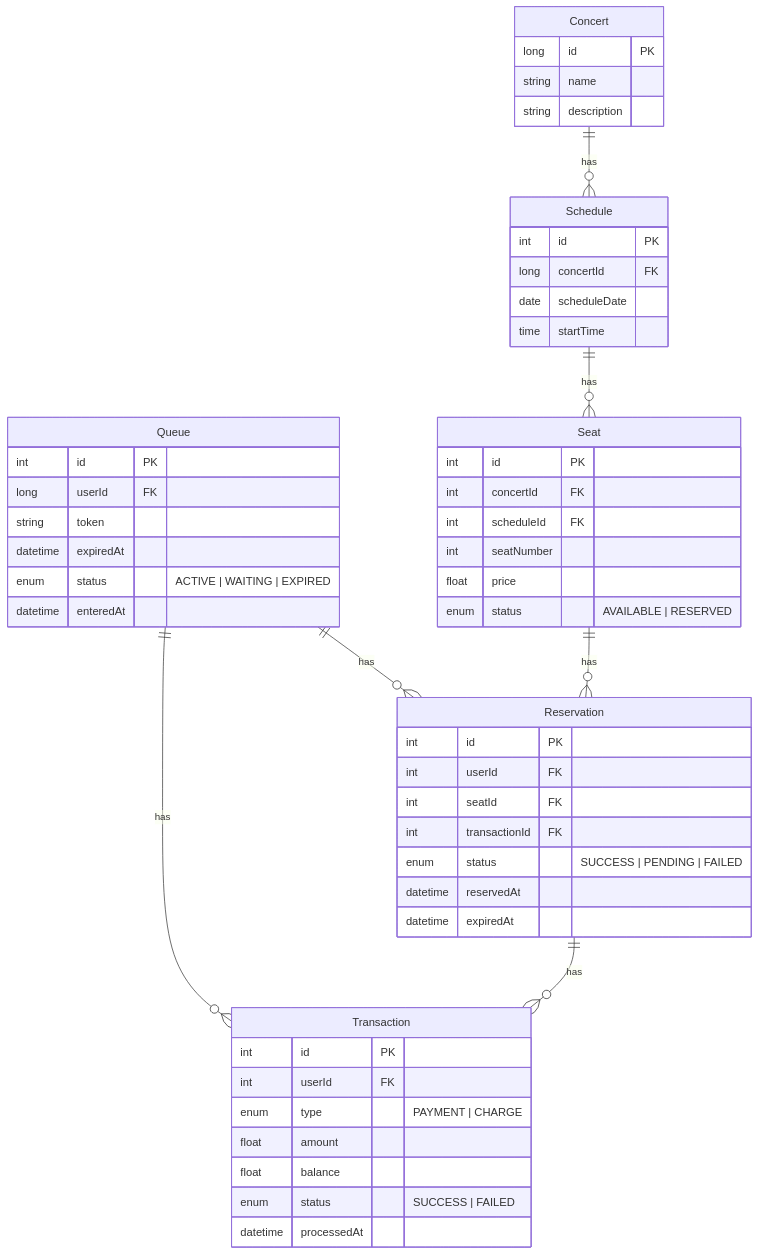
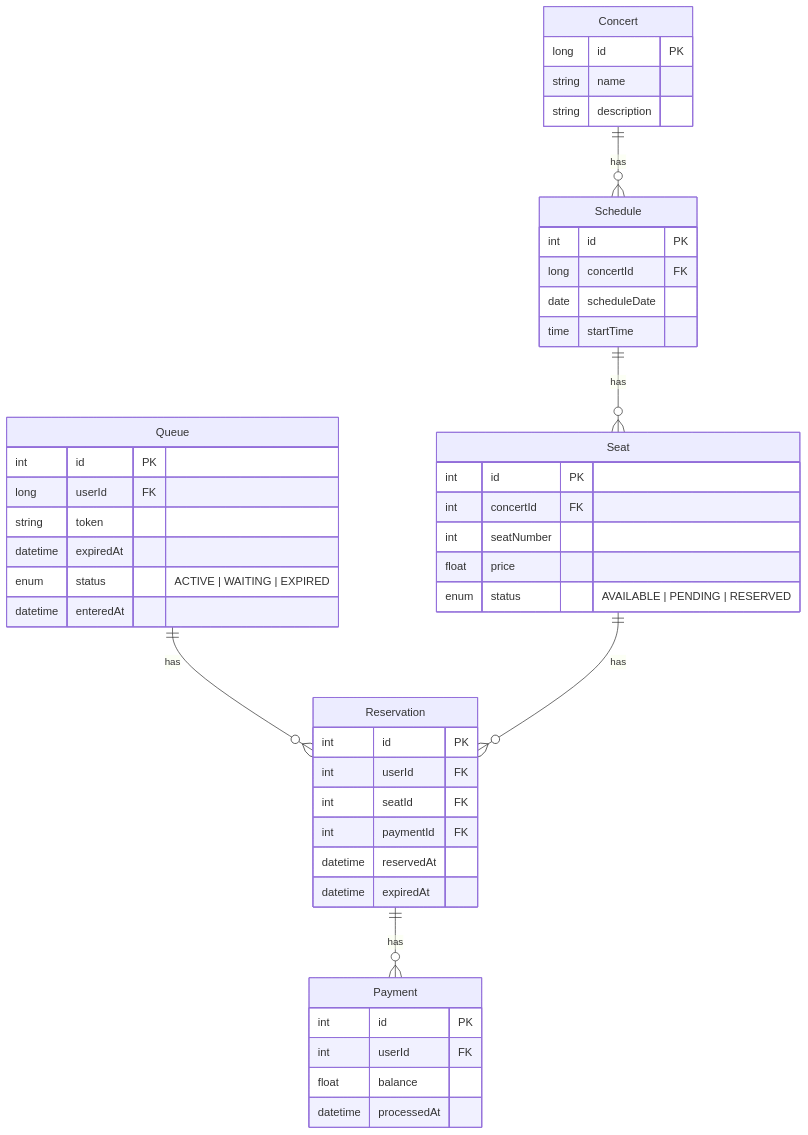
One commit to dohee789/concert-reservation changed the diagram in docs/ERD.mermaid. Above: the diagram before and after it, drawn with Mermaid. The commit also changed other lines of this file and 11 other files, not shown here.

```diff
--- a/docs/ERD.mermaid
+++ b/docs/ERD.mermaid
@@ -1,58 +1,52 @@
 erDiagram
     Queue ||--o{ Reservation : has
-    Queue ||--o{ Transaction : has
 
     Queue {
         int id PK
         long userId FK
         string token
         datetime expiredAt
         enum status "ACTIVE | WAITING | EXPIRED"
         datetime enteredAt
     }
 
     Concert ||--o{ Schedule : has
     Concert {
         long id PK
         string name
         string description
     }
 
     Schedule ||--o{ Seat : has
     Schedule {
         int id PK
         long concertId FK
         date scheduleDate
         time startTime
     }
 
     Seat ||--o{ Reservation : has
     Seat {
         int id PK
         int concertId FK
-        int scheduleId FK
         int seatNumber
         float price
-        enum status "AVAILABLE | RESERVED "
+        enum status "AVAILABLE | PENDING | RESERVED "
     }
 
-    Reservation ||--o{ Transaction : has
+    Reservation ||--o{ Payment : has
     Reservation {
         int id PK
         int userId FK
         int seatId FK
-        int transactionId FK
-        enum status "SUCCESS | PENDING | FAILED"
+        int paymentId FK
         datetime reservedAt
         datetime expiredAt
     }
 
-    Transaction {
+    Payment {
         int id PK
         int userId FK
-        enum type "PAYMENT | CHARGE"
-        float amount
         float balance
-        enum status "SUCCESS | FAILED "
         datetime processedAt
     }
```
